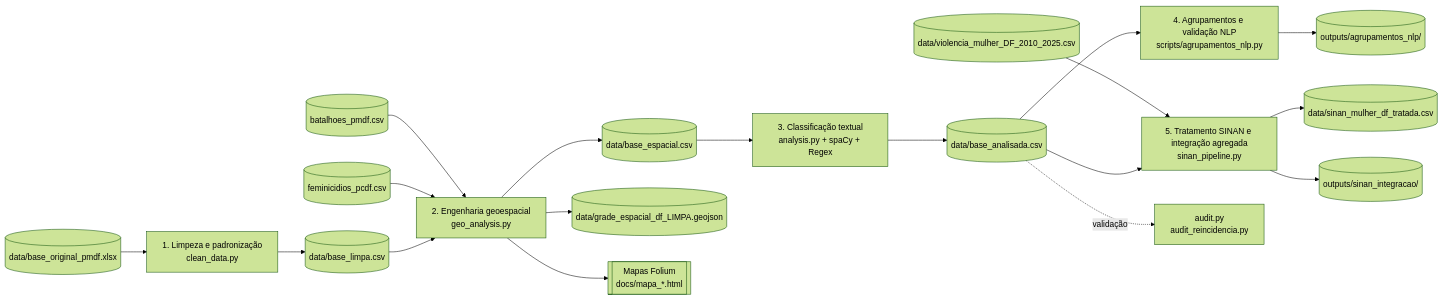
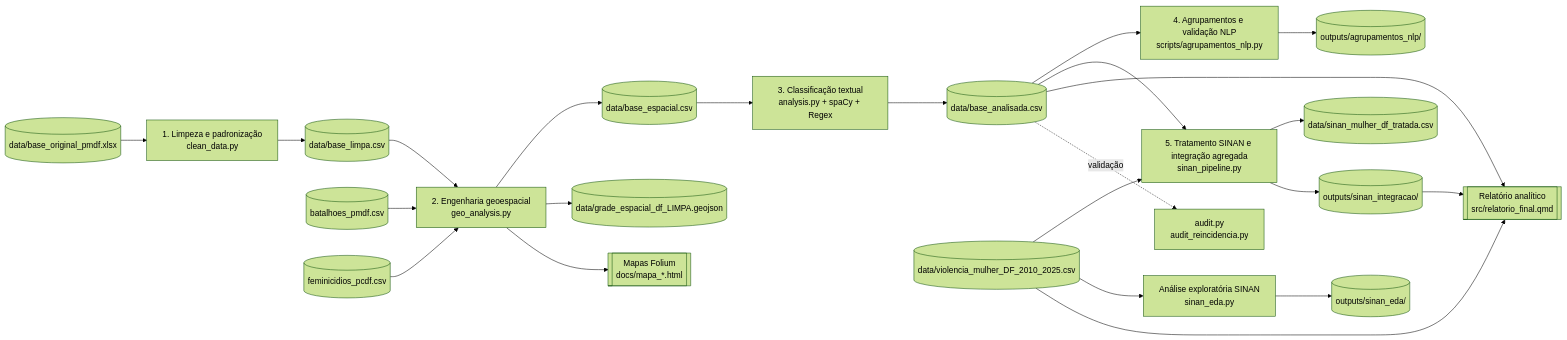
Before and after one commit to lucas-gpetry/Projeto-Integrador---CEUB: the diagram in README.md, drawn with Mermaid (forest theme). The commit also changed other lines of this file and 8 other files, not shown here.

First line of the commit message:
feat(sinan): análise exploratória do SINAN no relatório final

````diff
--- a/README.md
+++ b/README.md
@@ -12,25 +12,32 @@
 ```mermaid
 flowchart LR
     A[(data/base_original_pmdf.xlsx)] --> B[1. Limpeza e padronização<br/>clean_data.py]
     B --> B1[(data/base_limpa.csv)]
 
     BAT[(batalhoes_pmdf.csv)] --> C
     FEM[(feminicidios_pcdf.csv)] --> C
     B1 --> C[2. Engenharia geoespacial<br/>geo_analysis.py]
     C --> C1[(data/base_espacial.csv)]
     C --> G[(data/grade_espacial_df_LIMPA.geojson)]
     C --> M[[Mapas Folium<br/>docs/mapa_*.html]]
 
     C1 --> D[3. Classificação textual<br/>analysis.py + spaCy + Regex]
     D --> D1[(data/base_analisada.csv)]
 
     D1 --> N[4. Agrupamentos e validação NLP<br/>scripts/agrupamentos_nlp.py]
     N --> N1[(outputs/agrupamentos_nlp/)]
 
     SINAN[(data/violencia_mulher_DF_2010_2025.csv)] --> S[5. Tratamento SINAN e integração agregada<br/>sinan_pipeline.py]
     D1 --> S
     S --> S1[(data/sinan_mulher_df_tratada.csv)]
     S --> S2[(outputs/sinan_integracao/)]
 
+    SINAN --> E[Análise exploratória SINAN<br/>sinan_eda.py]
+    E --> E1[(outputs/sinan_eda/)]
+
+    D1 --> R[[Relatório analítico<br/>src/relatorio_final.qmd]]
+    S2 --> R
+    SINAN --> R
+
     D1 -. validação .-> V[audit.py<br/>audit_reincidencia.py]
 ```
````
